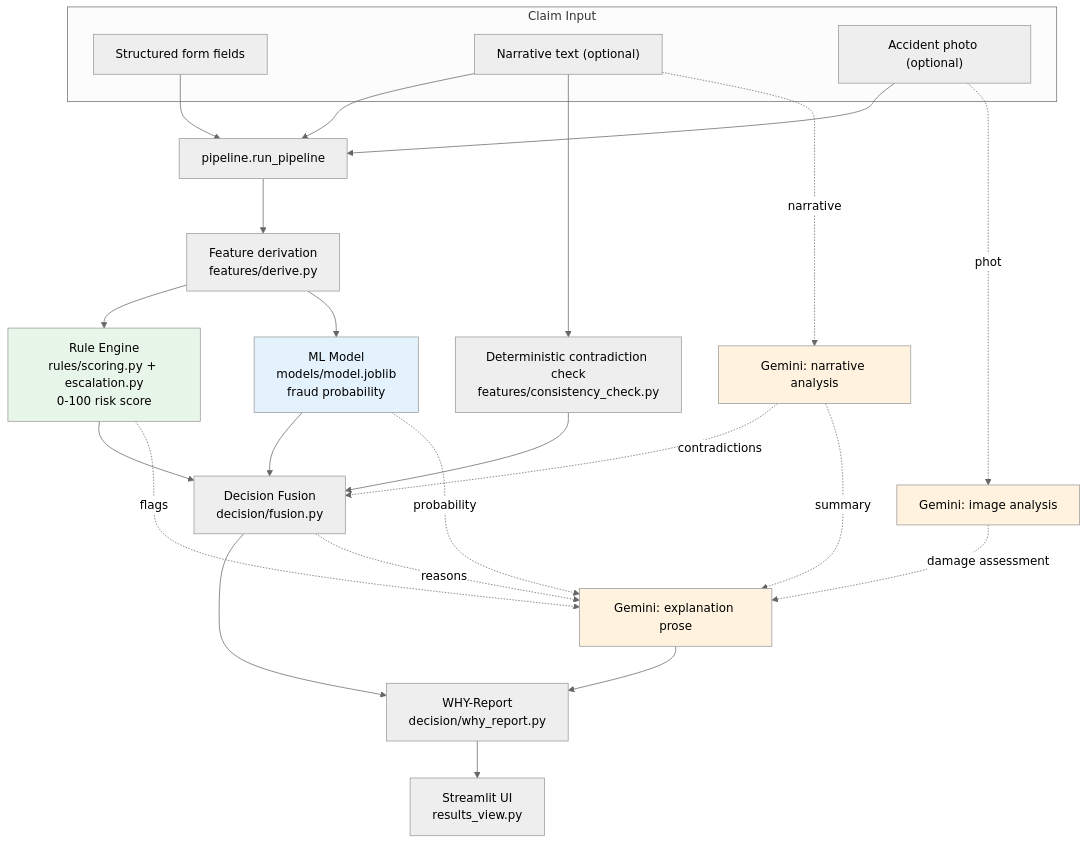
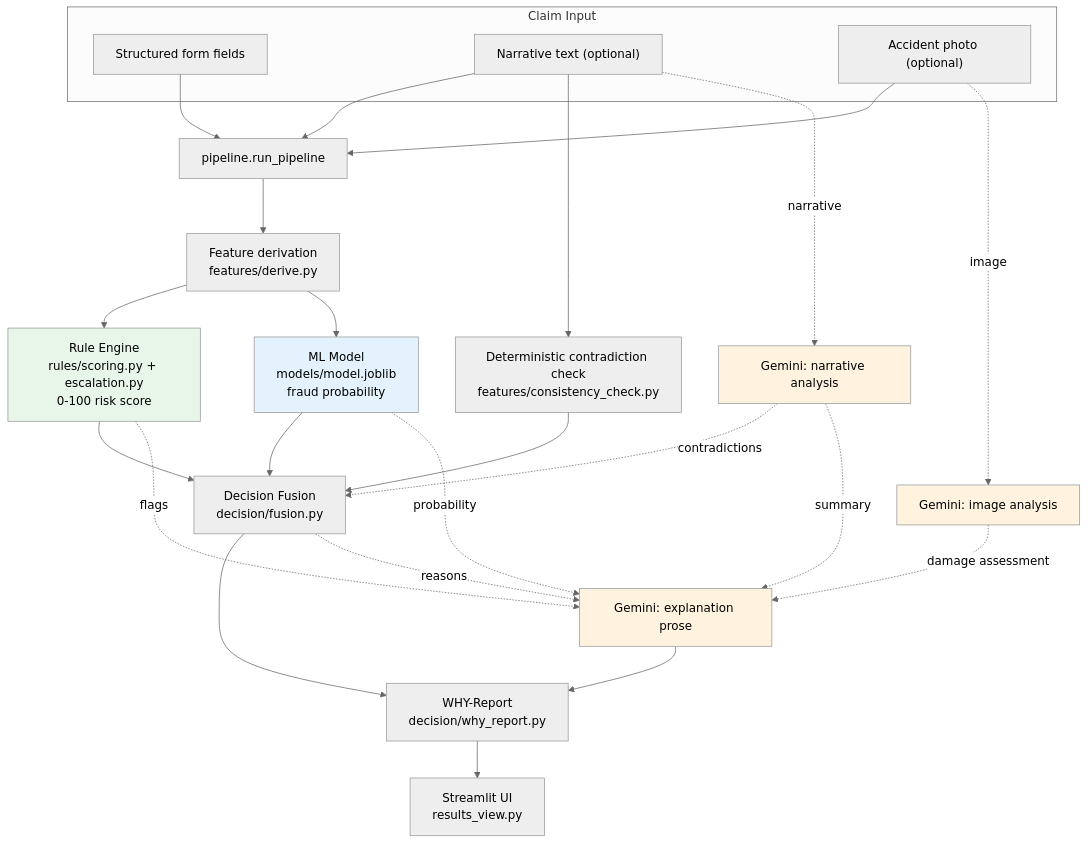
One commit to jainswasti101207-del/insurance-fraud-detection changed the first of 2 diagrams in docs/architecture_diagram.md. Above: the diagram before and after it, drawn with Mermaid (neutral theme). The commit also changed other lines of this file and 2 other files, not shown here.

First line of the commit message:
Render architecture diagrams to PNG via mermaid-cli

````diff
--- a/docs/architecture_diagram.md
+++ b/docs/architecture_diagram.md
@@ -5,40 +10,40 @@
 ```mermaid
 flowchart TD
     subgraph Input["Claim Input"]
         A1[Structured form fields]
         A2["Narrative text (optional)"]
         A3["Accident photo (optional)"]
     end
 
     A1 --> B[pipeline.run_pipeline]
     A2 --> B
     A3 --> B
 
     B --> C1[Feature derivation\nfeatures/derive.py]
     C1 --> D1[Rule Engine\nrules/scoring.py + escalation.py\n0-100 risk score]
     C1 --> D2[ML Model\nmodels/model.joblib\nfraud probability]
     A2 --> D3[Deterministic contradiction check\nfeatures/consistency_check.py]
 
     A2 -.narrative.-> E1[Gemini: narrative analysis]
-    A3 -.photo.-> E2[Gemini: image analysis]
+    A3 -. image .-> E2[Gemini: image analysis]
     D3 --> F[Decision Fusion\ndecision/fusion.py]
     D1 --> F
     D2 --> F
     E1 -.contradictions.-> F
 
     F --> G[WHY-Report\ndecision/why_report.py]
     E1 -.summary.-> H[Gemini: explanation prose]
     E2 -.damage assessment.-> H
     D1 -.flags.-> H
     D2 -.probability.-> H
     F -.reasons.-> H
     H --> G
 
     G --> I[Streamlit UI\nresults_view.py]
 
     style D1 fill:#e8f5e9
     style D2 fill:#e3f2fd
     style E1 fill:#fff3e0
     style E2 fill:#fff3e0
     style H fill:#fff3e0
 ```
````
